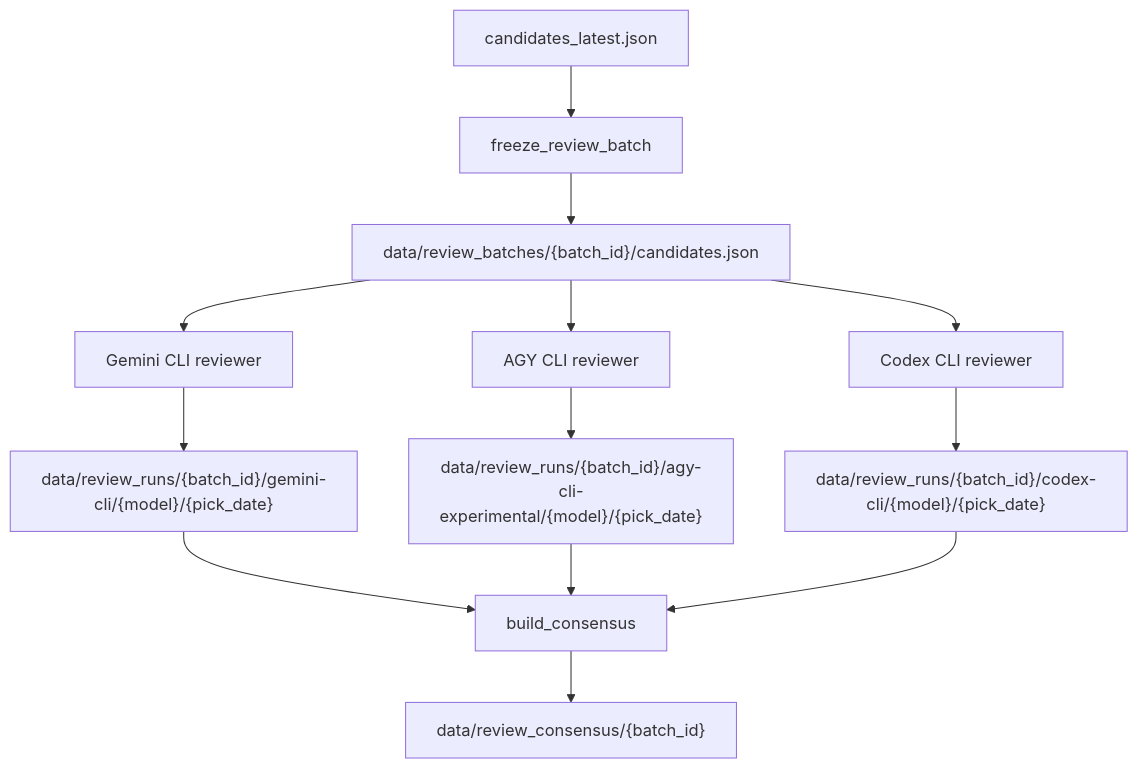
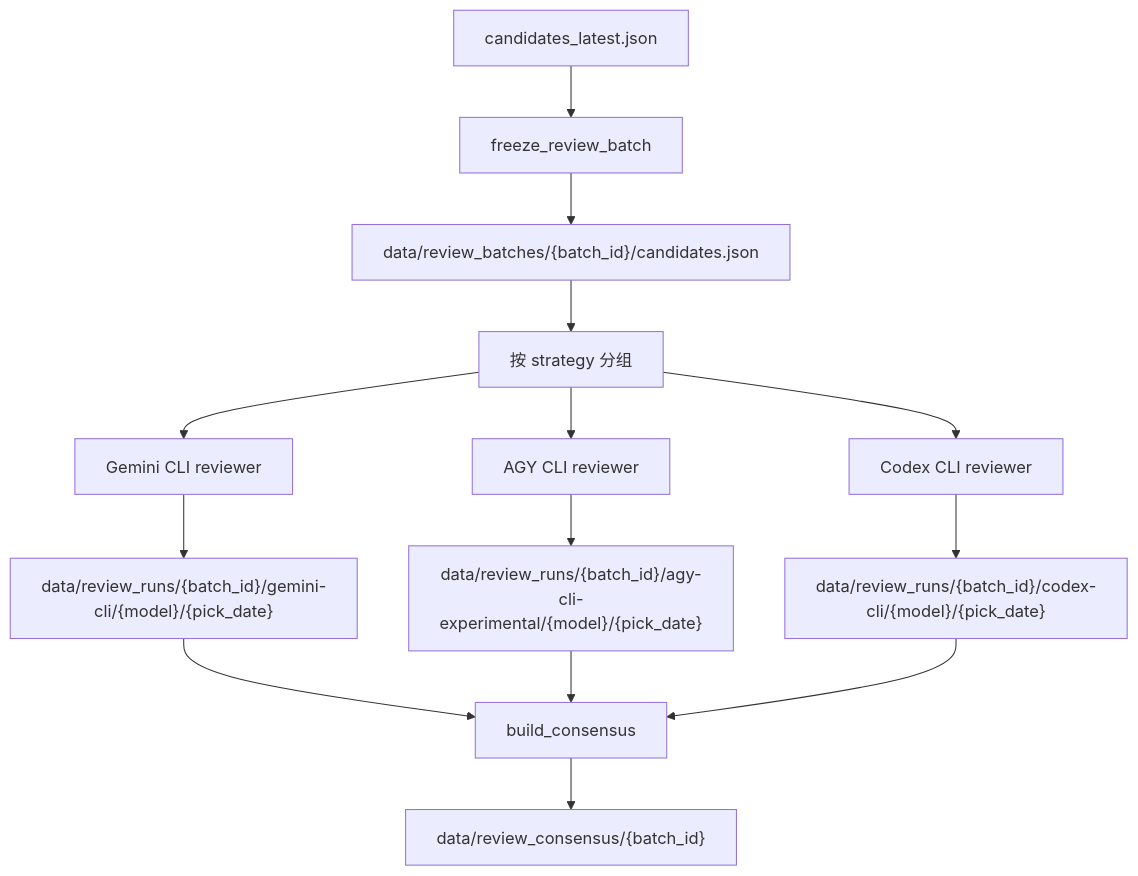
The diagram in docs/multi-model-review-consensus.md (happyfeetw/StockTradebyZ), drawn with Mermaid before and after one commit. The commit also changed other lines of this file and 12 other files, not shown here.

````diff
--- a/docs/multi-model-review-consensus.md
+++ b/docs/multi-model-review-consensus.md
@@ -17,15 +17,16 @@
 ```mermaid
 flowchart TD
     A["candidates_latest.json"] --> B["freeze_review_batch"]
     B --> C["data/review_batches/{batch_id}/candidates.json"]
-    C --> D1["Gemini CLI reviewer"]
-    C --> D2["AGY CLI reviewer"]
-    C --> D3["Codex CLI reviewer"]
+    C --> S["按 strategy 分组"]
+    S --> D1["Gemini CLI reviewer"]
+    S --> D2["AGY CLI reviewer"]
+    S --> D3["Codex CLI reviewer"]
     D1 --> E1["data/review_runs/{batch_id}/gemini-cli/{model}/{pick_date}"]
     D2 --> E2["data/review_runs/{batch_id}/agy-cli-experimental/{model}/{pick_date}"]
     D3 --> E3["data/review_runs/{batch_id}/codex-cli/{model}/{pick_date}"]
     E1 --> F["build_consensus"]
     E2 --> F
     E3 --> F
     F --> G["data/review_consensus/{batch_id}"]
 ```
````
